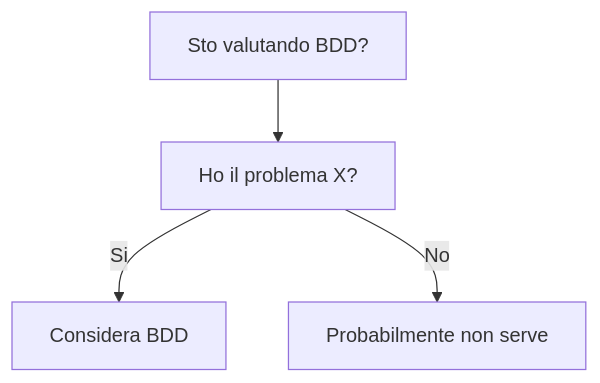
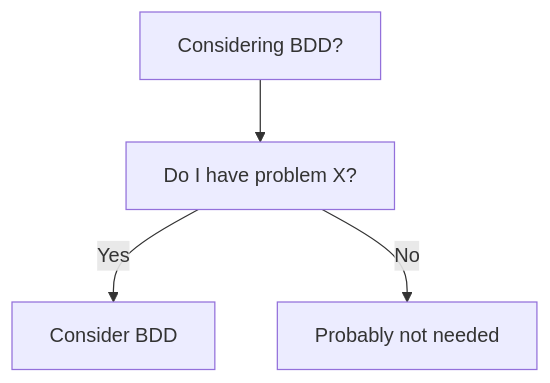
The diagram in dev-wiki/09_Testing/BDD/When_To_Use.md (HxT9/Software-Dev-Wiki), drawn with Mermaid before and after one commit. The commit also changed other lines of this file and 3444 other files, not shown here.

````diff
--- a/dev-wiki/09_Testing/BDD/When_To_Use.md
+++ b/dev-wiki/09_Testing/BDD/When_To_Use.md
@@ -19,6 +19,6 @@
 ```mermaid
 flowchart TD
-  Q[Sto valutando BDD?] --> Q1[Ho il problema X?]
-  Q1 -->|Si| OK[Considera BDD]
-  Q1 -->|No| NO[Probabilmente non serve]
+  Q[Considering BDD?] --> Q1[Do I have problem X?]
+  Q1 -->|Yes| OK[Consider BDD]
+  Q1 -->|No| NO[Probably not needed]
 ```
````
